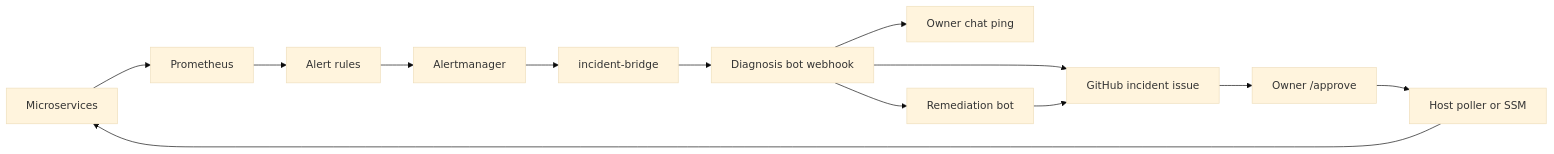
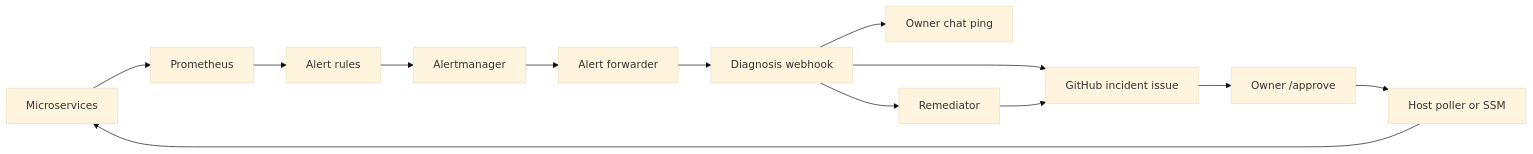
One commit to ritvikindupuri/ResilienceOps changed the diagram in README.md. Above: the diagram before and after it, drawn with Mermaid (base theme). The commit also changed other lines of this file and 32 other files, not shown here.

First line of the commit message:
Rename Colosseum paths and clean the README flow.

````diff
--- a/README.md
+++ b/README.md
@@ -546,15 +565,15 @@
 ```mermaid
 flowchart LR
   services[Microservices] --> prom[Prometheus]
   prom --> rules[Alert rules]
   rules --> am[Alertmanager]
-  am --> bridge[incident-bridge]
-  bridge --> diag[Diagnosis bot webhook]
+  am --> bridge[Alert forwarder]
+  bridge --> diag[Diagnosis webhook]
   diag --> gh[GitHub incident issue]
   diag --> chat[Owner chat ping]
-  diag --> rem[Remediation bot]
+  diag --> rem[Remediator]
   rem --> gh
   gh --> approve["Owner /approve"]
   approve --> host[Host poller or SSM]
   host --> services
 ```
````
